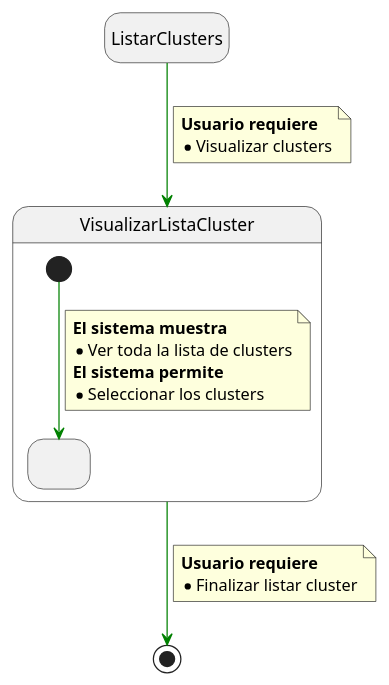
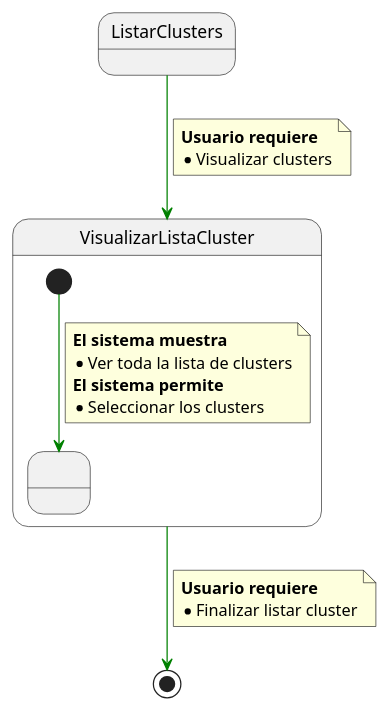
Before and after one commit to mmasias/IdSw1-22-23: the diagram in 000-entregas/Grupo1/EspecificacionesCasosDeUso/ListarClusters.puml, drawn with PlantUML. The commit also changed 6 other files, not shown here.

```diff
--- a/000-entregas/Grupo1/EspecificacionesCasosDeUso/ListarClusters.puml
+++ b/000-entregas/Grupo1/EspecificacionesCasosDeUso/ListarClusters.puml
@@ -1,36 +1,34 @@
-@startuml
-
-hide empty description
+@startuml ListarClusters
 
 State ListarClusters
 
 State VisualizarListaCluster{
 
   state state1 as " " 
 
   [*] -[#green]-> state1
 
   note on link 
       <b>El sistema muestra
       * Ver toda la lista de clusters
       <b>El sistema permite 
       * Seleccionar los clusters
   end note
 
 }
 
 
 ListarClusters -[#green]-> VisualizarListaCluster 
 note on link
    <b>Usuario requiere 
    * Visualizar clusters
 end note
 
 VisualizarListaCluster -[#green]-> [*]
 note on link 
   <b>Usuario requiere 
   * Finalizar listar cluster
 end note
 
 
 @enduml
```
